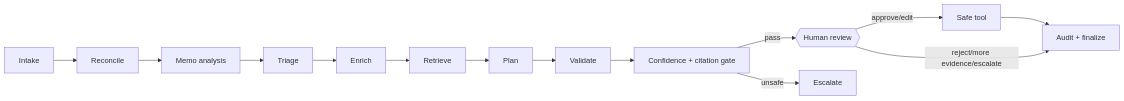
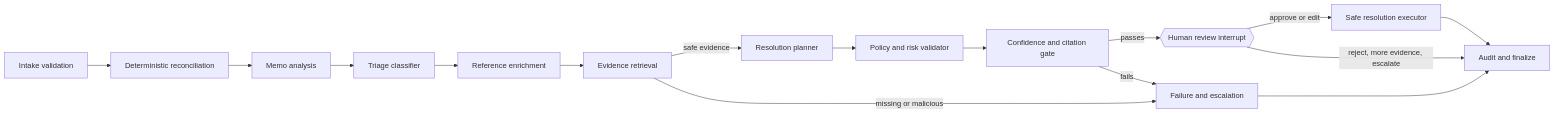
The third of 4 diagrams in README.md (la3679/tradeops-insight), drawn with Mermaid before and after one commit. The commit also changed other lines of this file and 5 other files, not shown here.

````diff
--- a/README.md
+++ b/README.md
@@ -37,9 +190,18 @@
 ```mermaid
 flowchart LR
-  I[Intake] --> D[Reconcile] --> N[Memo analysis] --> T[Triage] --> E[Enrich]
-  E --> R[Retrieve] --> P[Plan] --> V[Validate] --> C[Confidence + citation gate]
-  C -->|pass| H{{Human review}}
-  C -->|unsafe| F[Escalate]
-  H -->|approve/edit| S[Safe tool] --> A[Audit + finalize]
-  H -->|reject/more evidence/escalate| A
+  A[Intake validation] --> B[Deterministic reconciliation]
+  B --> C[Memo analysis]
+  C --> D[Triage classifier]
+  D --> E[Reference enrichment]
+  E --> F[Evidence retrieval]
+  F -->|safe evidence| G[Resolution planner]
+  F -->|missing or malicious| M[Failure and escalation]
+  G --> H[Policy and risk validator]
+  H --> I[Confidence and citation gate]
+  I -->|passes| J{{Human review interrupt}}
+  I -->|fails| M
+  J -->|approve or edit| K[Safe resolution executor]
+  J -->|reject, more evidence, escalate| L[Audit and finalize]
+  K --> L
+  M --> L
 ```
````
